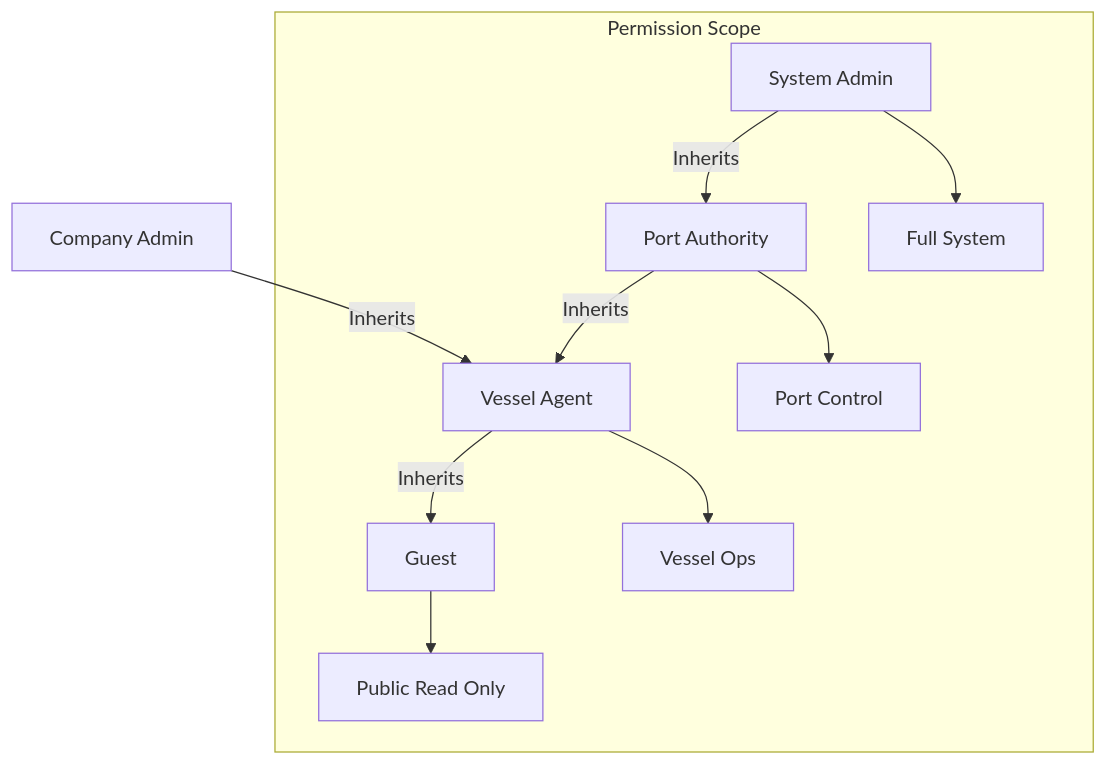
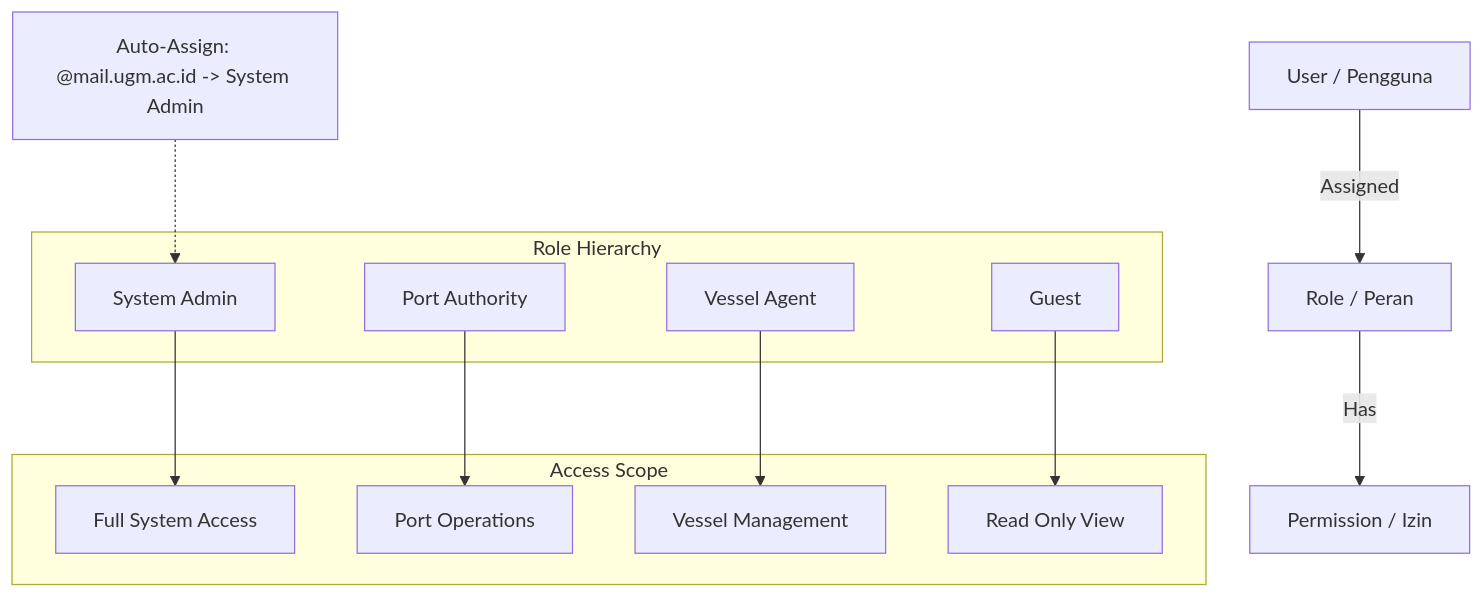
One commit to Marseillo10/HarborFlow-dotnet-Suite-Marseillo changed the third of 4 diagrams in technical_documentation.md. Above: the diagram before and after it, drawn with Mermaid. The commit also changed other lines of this file and 13 other files, not shown here.

````diff
--- a/technical_documentation.md
+++ b/technical_documentation.md
@@ -187,15 +225,26 @@
 ```mermaid
 graph TD
-    Guest[Guest]
-    VesselAgent[Vessel Agent] -->|Inherits| Guest
-    PortAuthority[Port Authority] -->|Inherits| VesselAgent
-    SystemAdmin[System Admin] -->|Inherits| PortAuthority
-    CompanyAdmin[Company Admin] -->|Inherits| VesselAgent
-    
-    subgraph "Permission Scope"
-        Guest --> P_Guest[Public Read Only]
-        VesselAgent --> P_Agent[Vessel Ops]
-        PortAuthority --> P_Port[Port Control]
-        SystemAdmin --> P_Admin[Full System]
+    User[User / Pengguna] -->|Assigned| Role[Role / Peran]
+    Role -->|Has| Permission[Permission / Izin]
+
+    subgraph "Role Hierarchy"
+        Admin[System Admin]
+        Port[Port Authority]
+        Agent[Vessel Agent]
+        Guest[Guest]
     end
+
+    subgraph "Access Scope"
+        Full[Full System Access]
+        PortOps[Port Operations]
+        VesselOps[Vessel Management]
+        ReadOnly[Read Only View]
+    end
+
+    Admin --> Full
+    Port --> PortOps
+    Agent --> VesselOps
+    Guest --> ReadOnly
+
+    note[Auto-Assign: @mail.ugm.ac.id -> System Admin] -.-> Admin
 ```
````
